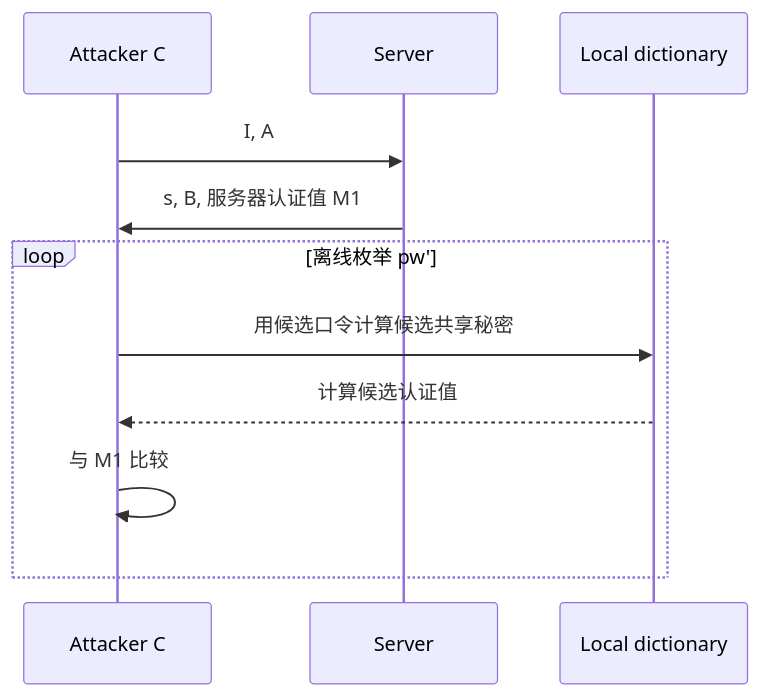
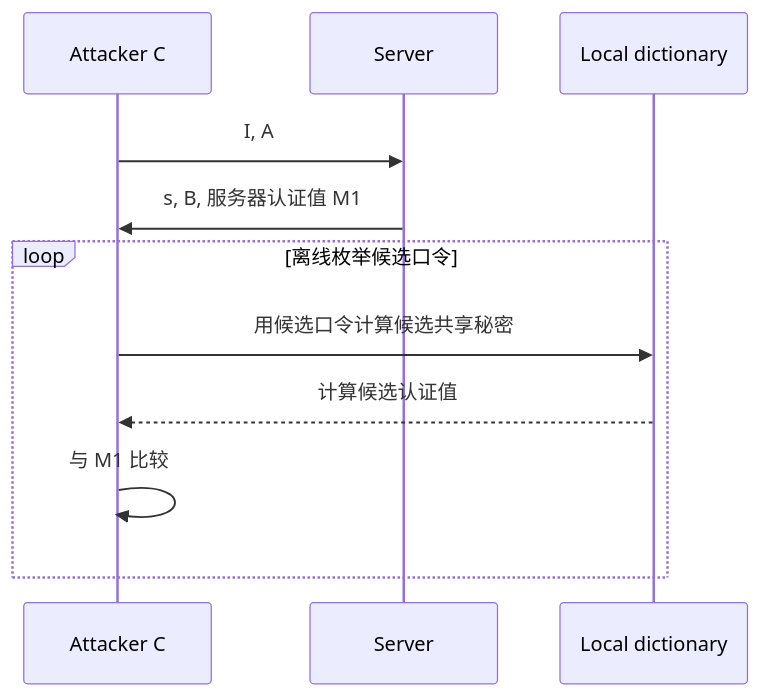
One commit to 22mouseok-crypto/obsidian-vault changed diagram 14 of 21 in 大三下/密码协议/密码协议期末复习-Obsidian视觉版.md. Above: the diagram before and after it, drawn with Mermaid. The commit also changed other lines of this file, not shown here.

Commit message:
vault backup: 2026-06-19 14:53:07

````diff
--- a/大三下/密码协议/密码协议期末复习-Obsidian视觉版.md
+++ b/大三下/密码协议/密码协议期末复习-Obsidian视觉版.md
@@ -538,14 +538,14 @@
 ```mermaid
 sequenceDiagram
     participant C as Attacker C
     participant S as Server
     participant L as Local dictionary
 
     C->>S: I, A
     S->>C: s, B, 服务器认证值 M1
-    loop 离线枚举 pw'
+    loop 离线枚举候选口令
         C->>L: 用候选口令计算候选共享秘密
         L-->>C: 计算候选认证值
         C->>C: 与 M1 比较
     end
 ```
````
